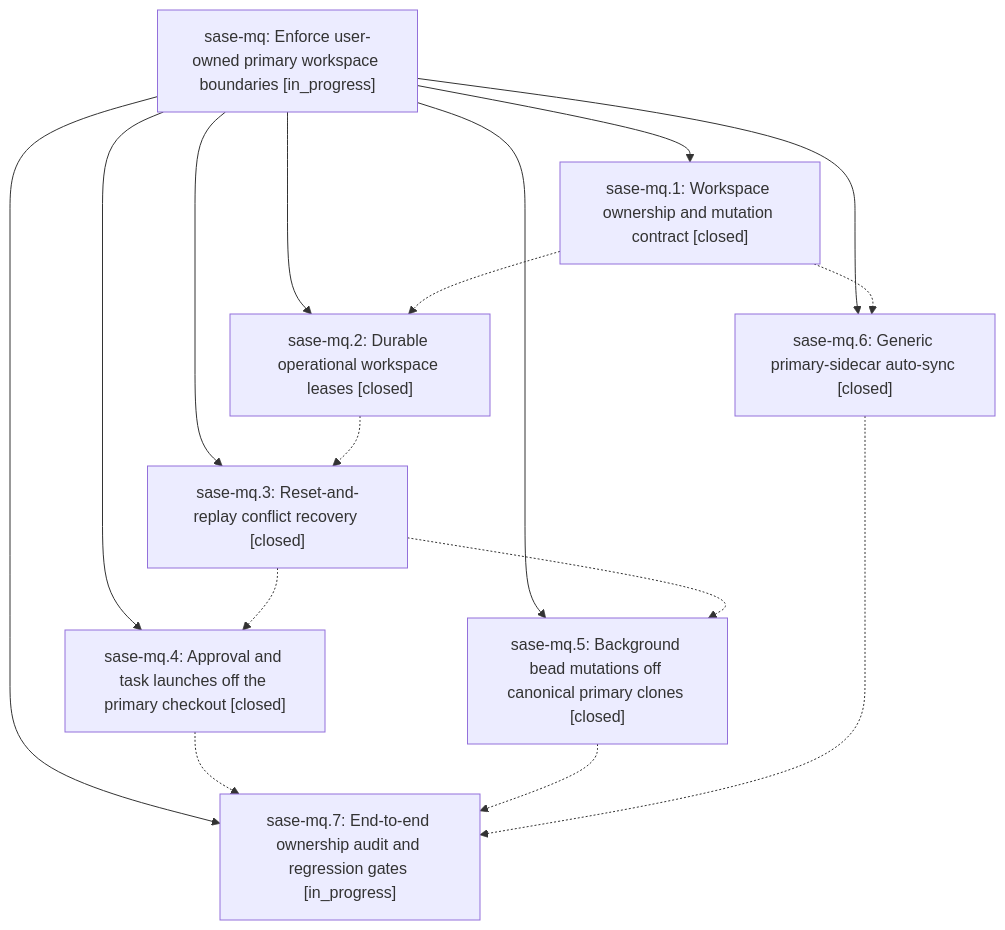
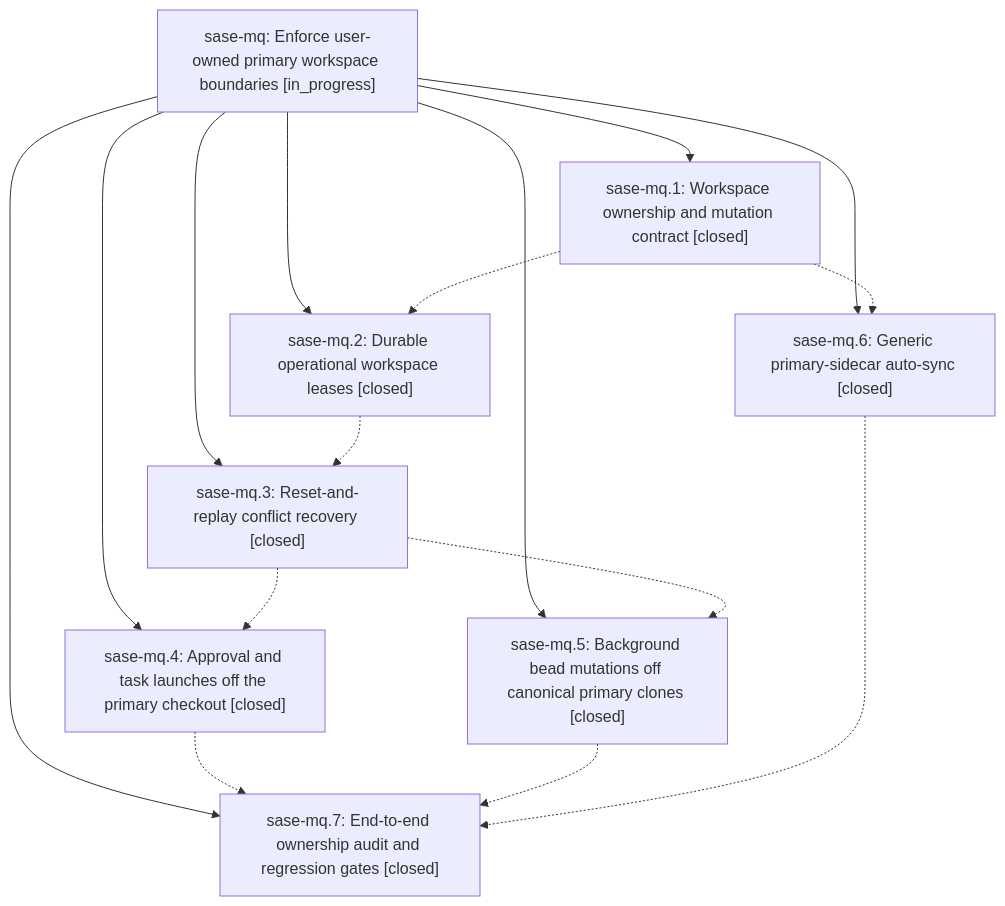
One commit to sase-org/sase--beads changed the diagram in pages/sase-mq/README.md. Above: the diagram before and after it, drawn with Mermaid. The commit also changed other lines of this file and 4 other files, not shown here.

````diff
--- a/pages/sase-mq/README.md
+++ b/pages/sase-mq/README.md
@@ -34,26 +34,26 @@
 ```mermaid
 flowchart TD
     n0["sase-mq: Enforce user-owned primary workspace boundaries [in_progress]"]
     n1["sase-mq.1: Workspace ownership and mutation contract [closed]"]
     n2["sase-mq.2: Durable operational workspace leases [closed]"]
     n3["sase-mq.3: Reset-and-replay conflict recovery [closed]"]
     n4["sase-mq.4: Approval and task launches off the primary checkout [closed]"]
     n5["sase-mq.5: Background bead mutations off canonical primary clones [closed]"]
     n6["sase-mq.6: Generic primary-sidecar auto-sync [closed]"]
-    n7["sase-mq.7: End-to-end ownership audit and regression gates [in_progress]"]
+    n7["sase-mq.7: End-to-end ownership audit and regression gates [closed]"]
     n0 --> n1
     n0 --> n2
     n0 --> n3
     n0 --> n4
     n0 --> n5
     n0 --> n6
     n0 --> n7
     n1 -.-> n2
     n1 -.-> n6
     n2 -.-> n3
     n3 -.-> n4
     n3 -.-> n5
     n4 -.-> n7
     n5 -.-> n7
     n6 -.-> n7
 ```
````
